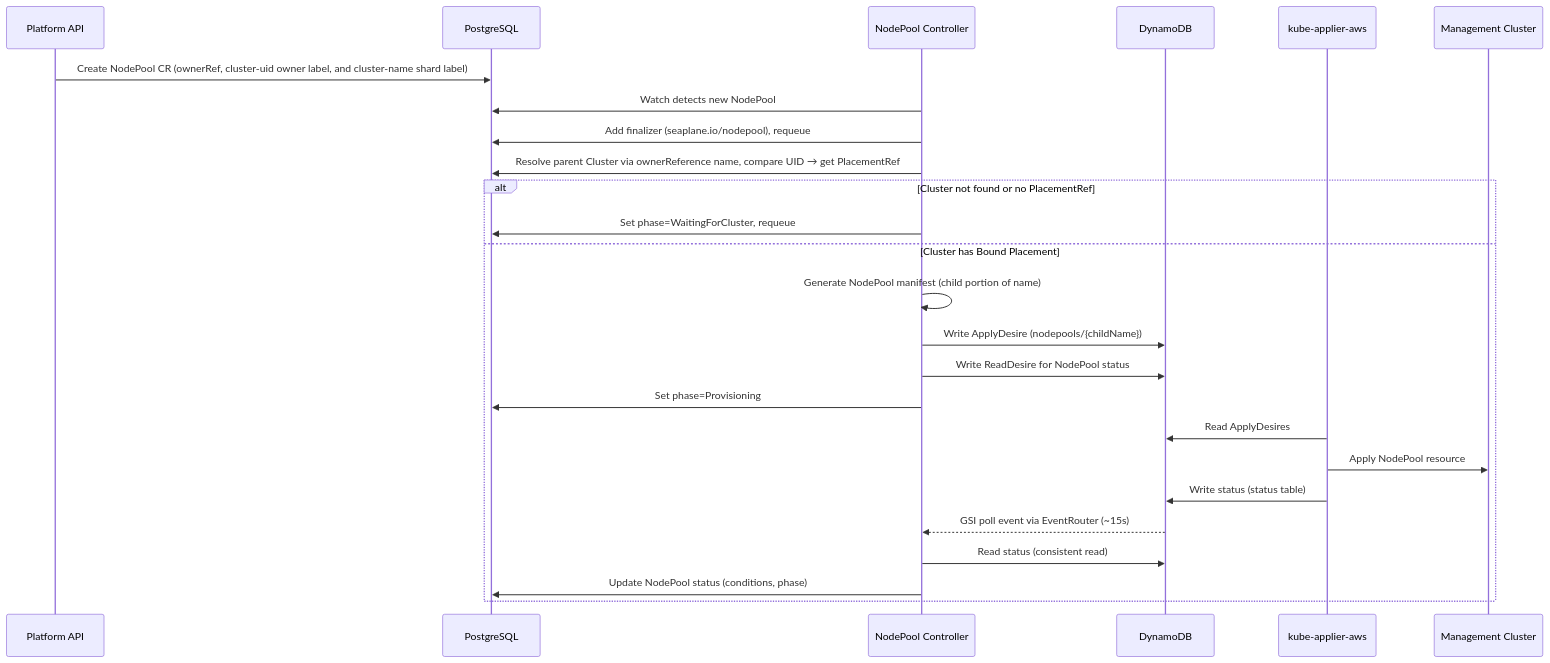
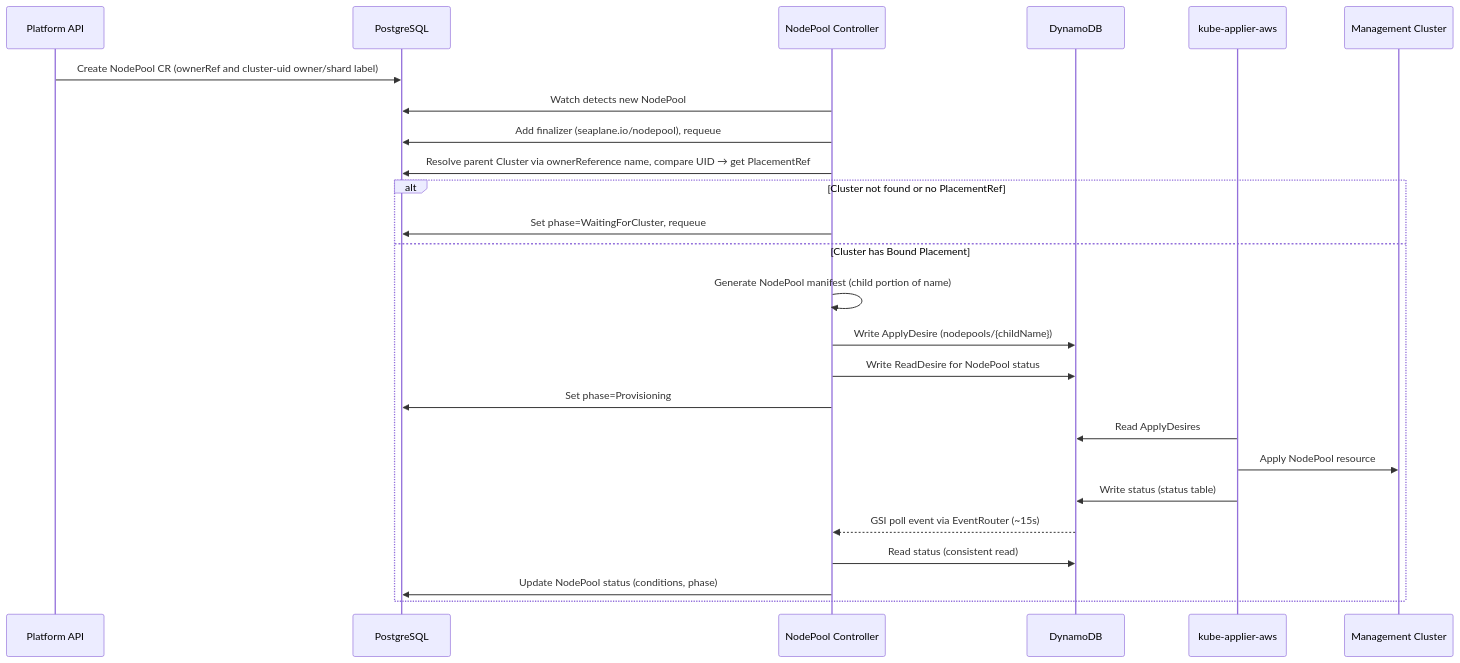
The first of 2 diagrams in seaplane-operator/docs/nodepool-controller.md (gdbranco/rosa-seaplane-api), drawn with Mermaid before and after one commit. The commit also changed 32 other files, not shown here.

Commit message:
ROSAENG-67911 | feat: drop name label and rely on UID instead

````diff
--- a/seaplane-operator/docs/nodepool-controller.md
+++ b/seaplane-operator/docs/nodepool-controller.md
@@ -5,29 +5,29 @@
 ```mermaid
 sequenceDiagram
     participant API as Platform API
     participant PG as PostgreSQL
     participant NPC as NodePool Controller
     participant DDB as DynamoDB
 
     participant KA as kube-applier-aws
     participant MC as Management Cluster
 
-    API->>PG: Create NodePool CR (ownerRef, cluster-uid owner label, and cluster-name shard label)
+    API->>PG: Create NodePool CR (ownerRef and cluster-uid owner/shard label)
     NPC->>PG: Watch detects new NodePool
     NPC->>PG: Add finalizer (seaplane.io/nodepool), requeue
     NPC->>PG: Resolve parent Cluster via ownerReference name, compare UID → get PlacementRef
     alt Cluster not found or no PlacementRef
         NPC->>PG: Set phase=WaitingForCluster, requeue
     else Cluster has Bound Placement
         NPC->>NPC: Generate NodePool manifest (child portion of name)
         NPC->>DDB: Write ApplyDesire (nodepools/{childName})
         NPC->>DDB: Write ReadDesire for NodePool status
         NPC->>PG: Set phase=Provisioning
         KA->>DDB: Read ApplyDesires
         KA->>MC: Apply NodePool resource
         KA->>DDB: Write status (status table)
         DDB-->>NPC: GSI poll event via EventRouter (~15s)
         NPC->>DDB: Read status (consistent read)
         NPC->>PG: Update NodePool status (conditions, phase)
     end
 ```
````
